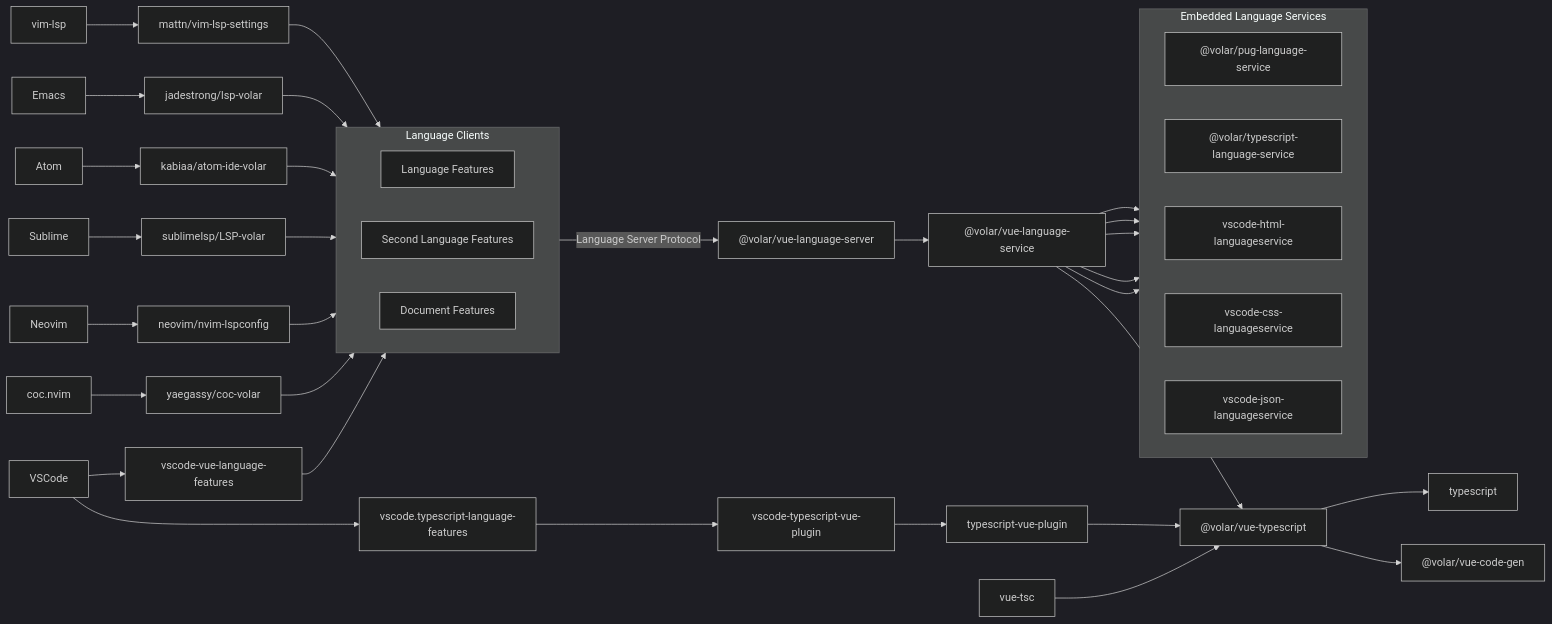
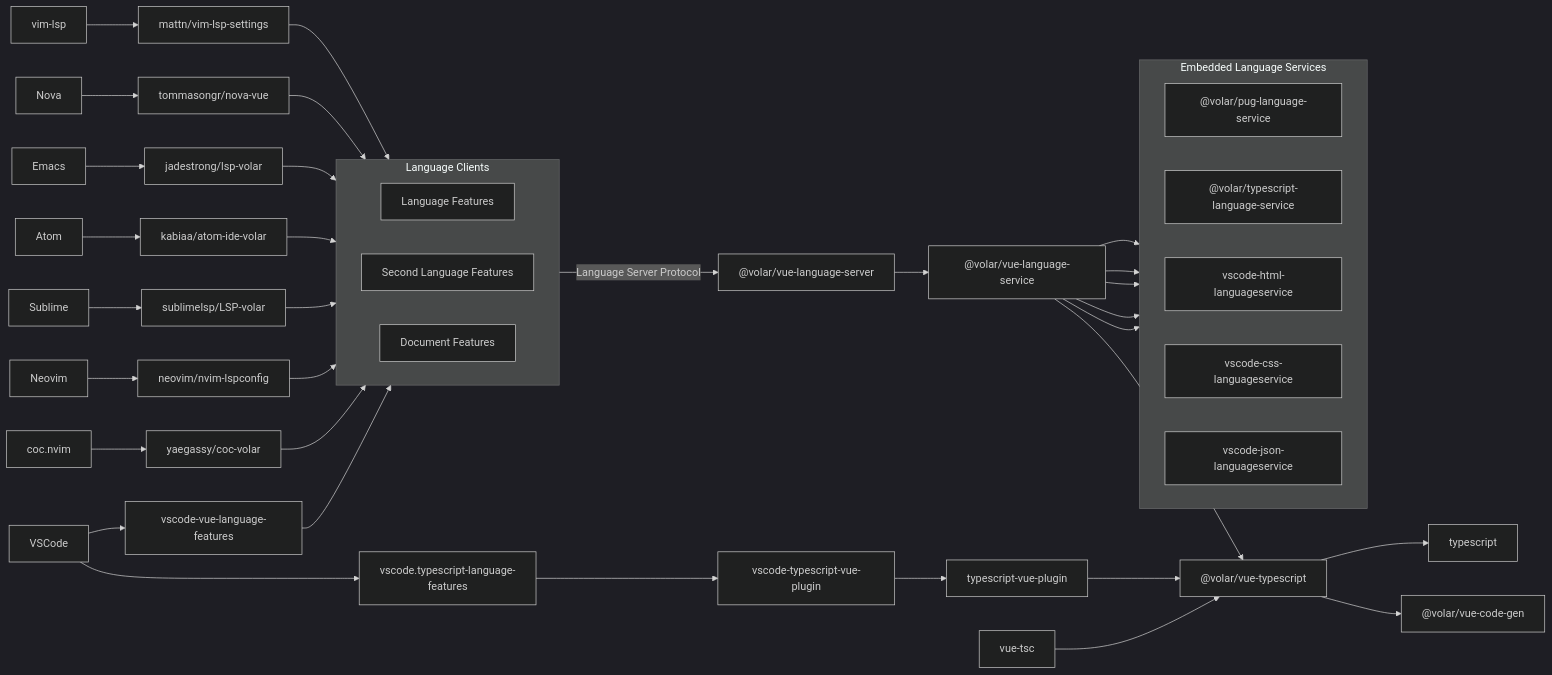
Before and after one commit to vuejs/language-tools: the diagram in README.md, drawn with Mermaid (dark theme).

Commit message:
doc: added nova-vue in mermaid

```diff
--- a/README.md
+++ b/README.md
@@ -53,6 +53,7 @@
     SUBLIME[Sublime]
     ATOM[Atom]
     EMACS[Emacs]
+    NOVA[Nova]
 
     %% Language Clients
     COC_VUE[yaegassy/coc-volar]
@@ -61,6 +62,7 @@
     SUBLIME_VUE[sublimelsp/LSP-volar]
     ATOM_VUE[kabiaa/atom-ide-volar]
     EMACS_VUE[jadestrong/lsp-volar]
+    NOVA_VUE[tommasongr/nova-vue]
 
     click COC_VUE "https://github.com/yaegassy/coc-volar"
     click NEO_VUE "https://github.com/neovim/nvim-lspconfig"
@@ -68,6 +70,7 @@
     click SUBLIME_VUE "https://github.com/sublimelsp/LSP-volar"
     click ATOM_VUE "https://github.com/kabiaa/atom-ide-volar"
     click EMACS_VUE "https://github.com/jadestrong/lsp-volar"
+    click NOVA_VUE "https://github.com/tommasongr/nova-vue"
 
     %% Volar - Extensions
     VSC_VUE[vscode-vue-language-features]
@@ -134,6 +137,7 @@
     SUBLIME --> SUBLIME_VUE
     ATOM --> ATOM_VUE
     EMACS --> EMACS_VUE
+    NOVA --> NOVA_VUE
     VIM --> VIM_VUE
 
     VSC_VUE --> VUE_CLIENTS
@@ -142,6 +146,7 @@
     SUBLIME_VUE --> VUE_CLIENTS
     ATOM_VUE --> VUE_CLIENTS
     EMACS_VUE --> VUE_CLIENTS
+    NOVA_VUE --> VUE_CLIENTS
     VIM_VUE --> VUE_CLIENTS
 
     VUE_CLIENTS -- Language Server Protocol --> VUE_SERVER
```
